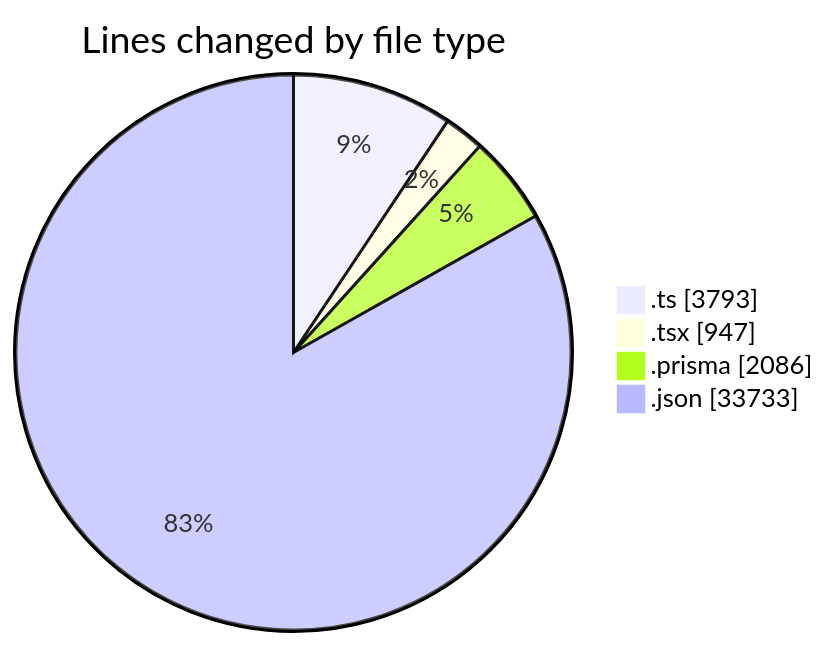
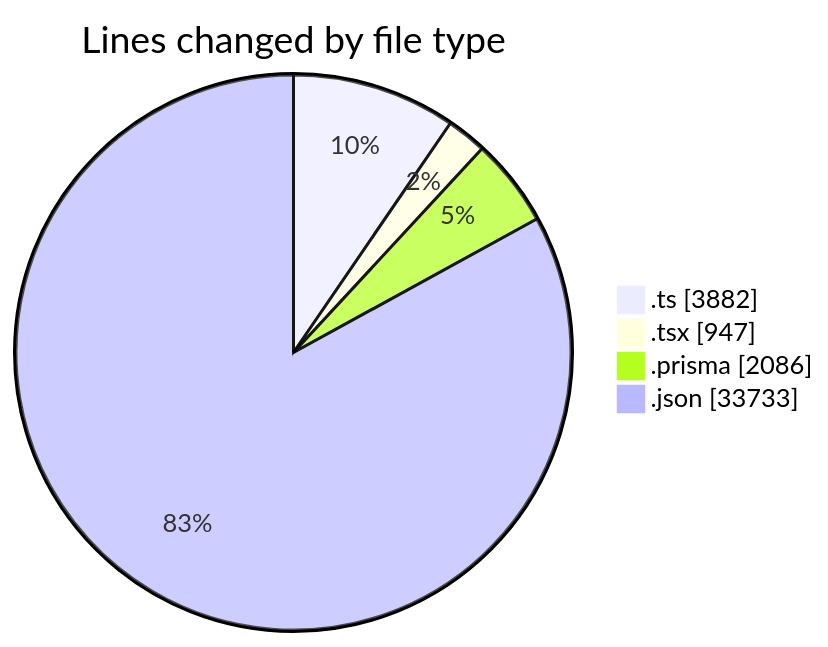
The first of 2 diagrams in 2025-05-19/ecodeli-1/README.md (CELIANVF/code-tracking), drawn with Mermaid before and after one commit. The commit also changed other lines of this file and 1 other file, not shown here.

````diff
--- a/2025-05-19/ecodeli-1/README.md
+++ b/2025-05-19/ecodeli-1/README.md
@@ -35,8 +37,8 @@
 ```mermaid
 pie showData
 title Lines changed by file type
-".ts" : 3793
+".ts" : 3882
 ".tsx" : 947
 ".prisma" : 2086
 ".json" : 33733
 ```
````
